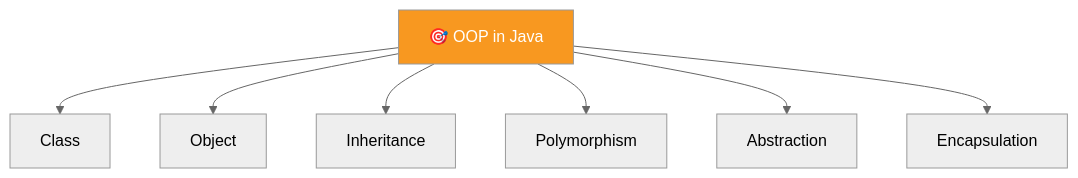
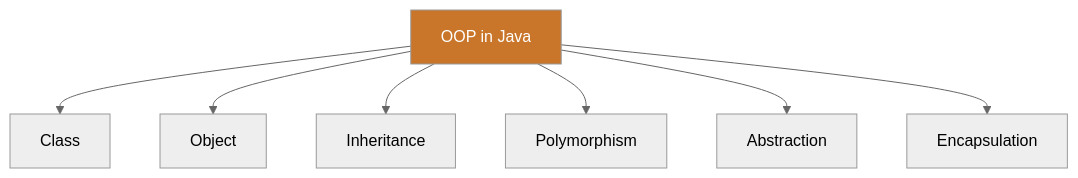
Before and after one commit to kundankumarsharma56/Leaning-Java: the second of 2 diagrams in src/Theory/01-Java-Introduction-and-Setup/02-Java-Features.md, drawn with Mermaid (neutral theme). The commit also changed other lines of this file and 84 other files, not shown here.

````diff
--- a/src/Theory/01-Java-Introduction-and-Setup/02-Java-Features.md
+++ b/src/Theory/01-Java-Introduction-and-Setup/02-Java-Features.md
@@ -51,10 +51,10 @@
 ```mermaid
 flowchart TD
-    O["🎯 OOP in Java"] --> C["Class"]
+    O["OOP in Java"] --> C["Class"]
     O --> B["Object"]
     O --> I["Inheritance"]
     O --> P["Polymorphism"]
     O --> A["Abstraction"]
     O --> E["Encapsulation"]
-    style O fill:#f89820,color:#fff
+    style O fill:#c9762a,color:#fff
 ```
````
